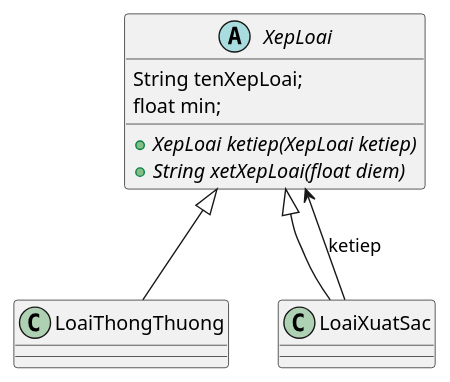
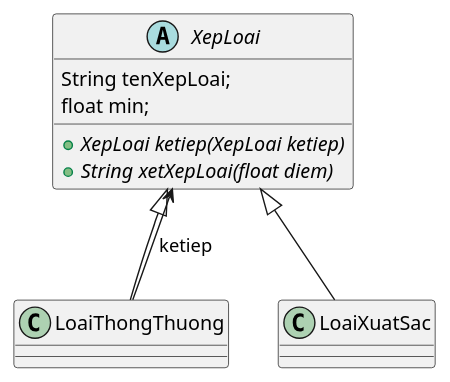
One commit to DuyPhatpeo/KTTKPM changed the diagram in Java/TranDuyPhat-63135054/src/behavioral/chain_of_responsibility/cb5_xeploai/xeploai_diagram.puml. Above: the diagram before and after it, drawn with PlantUML. The commit also changed 18 other files, not shown here.

```diff
--- a/Java/TranDuyPhat-63135054/src/behavioral/chain_of_responsibility/cb5_xeploai/xeploai_diagram.puml
+++ b/Java/TranDuyPhat-63135054/src/behavioral/chain_of_responsibility/cb5_xeploai/xeploai_diagram.puml
@@ -1,14 +1,14 @@
 @startuml
 'https://plantuml.com/class-diagram
 
 abstract class XepLoai{
     String tenXepLoai;
     float min;
     +{abstract} XepLoai ketiep(XepLoai ketiep)
     +{abstract} String xetXepLoai(float diem)
 }
 XepLoai <|-- LoaiThongThuong
 XepLoai <|-- LoaiXuatSac
-LoaiXuatSac --> XepLoai : ketiep
+LoaiThongThuong --> XepLoai : ketiep
 
 @enduml
```
